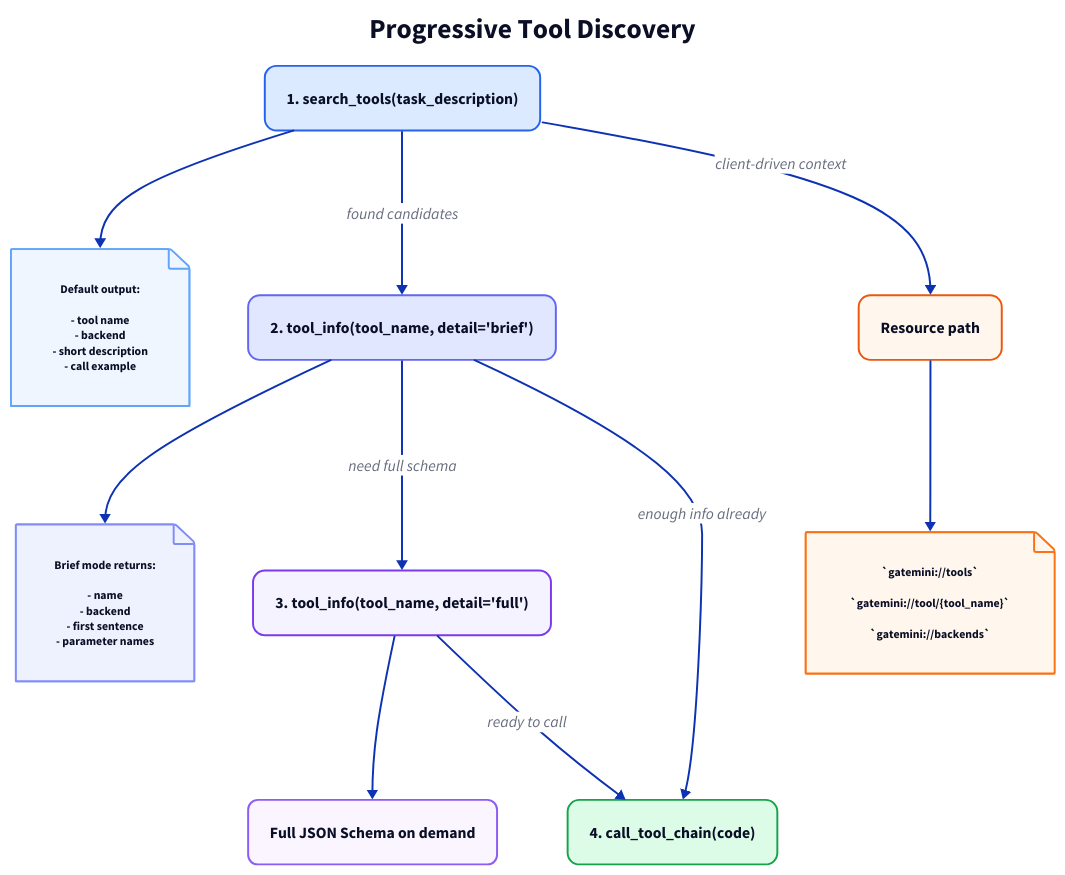
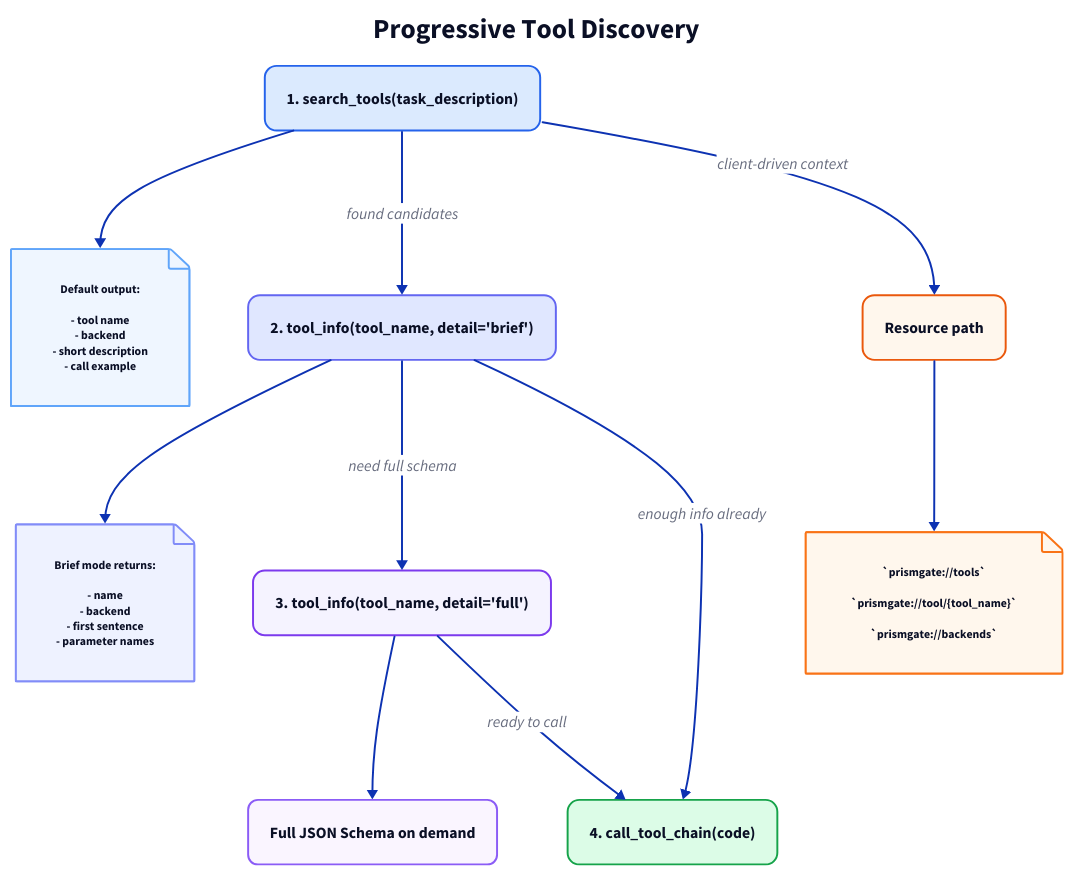
Before and after one commit to jonwraymond/PrismGate: the diagram in docs/diagrams/tool-discovery.d2, drawn with D2. The commit also changed 99 other files, not shown here.

First line of the commit message:
chore: rebrand remaining gatemini surfaces to prismgate

```diff
--- a/docs/diagrams/tool-discovery.d2
+++ b/docs/diagrams/tool-discovery.d2
@@ -1,100 +1,100 @@
 direction: down
 
 title: Progressive Tool Discovery {
   shape: text
   near: top-center
   style.font-size: 28
   style.bold: true
 }
 
 step1: Search {
   label: "1. search_tools(task_description)"
   style.fill: "#DBEAFE"
   style.stroke: "#2563EB"
   style.border-radius: 12
 }
 
 step1_note: |md
   Default output:
 
   - tool name
   - backend
   - short description
   - call example
 | {
   shape: page
   style.fill: "#EFF6FF"
   style.stroke: "#60A5FA"
   style.font-size: 12
 }
 
 step2: Inspect {
   label: "2. tool_info(tool_name, detail='brief')"
   style.fill: "#E0E7FF"
   style.stroke: "#6366F1"
   style.border-radius: 12
 }
 
 step2_note: |md
   Brief mode returns:
 
   - name
   - backend
   - first sentence
   - parameter names
 | {
   shape: page
   style.fill: "#EEF2FF"
   style.stroke: "#818CF8"
   style.font-size: 12
 }
 
 step3: Schema {
   label: "3. tool_info(tool_name, detail='full')"
   style.fill: "#F5F3FF"
   style.stroke: "#7C3AED"
   style.border-radius: 12
 }
 
 step3_note: Full JSON Schema on demand {
   style.fill: "#FAF5FF"
   style.stroke: "#8B5CF6"
   style.border-radius: 10
 }
 
 step4: Execute {
   label: "4. call_tool_chain(code)"
   style.fill: "#DCFCE7"
   style.stroke: "#16A34A"
   style.border-radius: 12
   style.bold: true
 }
 
 resources: Resource path {
   style.fill: "#FFF7ED"
   style.stroke: "#EA580C"
   style.border-radius: 12
 }
 
 resources_note: |md
-  `gatemini://tools`
+  `prismgate://tools`
 
-  `gatemini://tool/{tool_name}`
+  `prismgate://tool/{tool_name}`
 
-  `gatemini://backends`
+  `prismgate://backends`
 | {
   shape: page
   style.fill: "#FFF7ED"
   style.stroke: "#F97316"
   style.font-size: 12
 }
 
 step1 -> step1_note
 step1 -> step2: found candidates
 step2 -> step2_note
 step2 -> step3: need full schema
 step2 -> step4: enough info already
 step3 -> step3_note
 step3 -> step4: ready to call
 step1 -> resources: client-driven context
 resources -> resources_note
```
